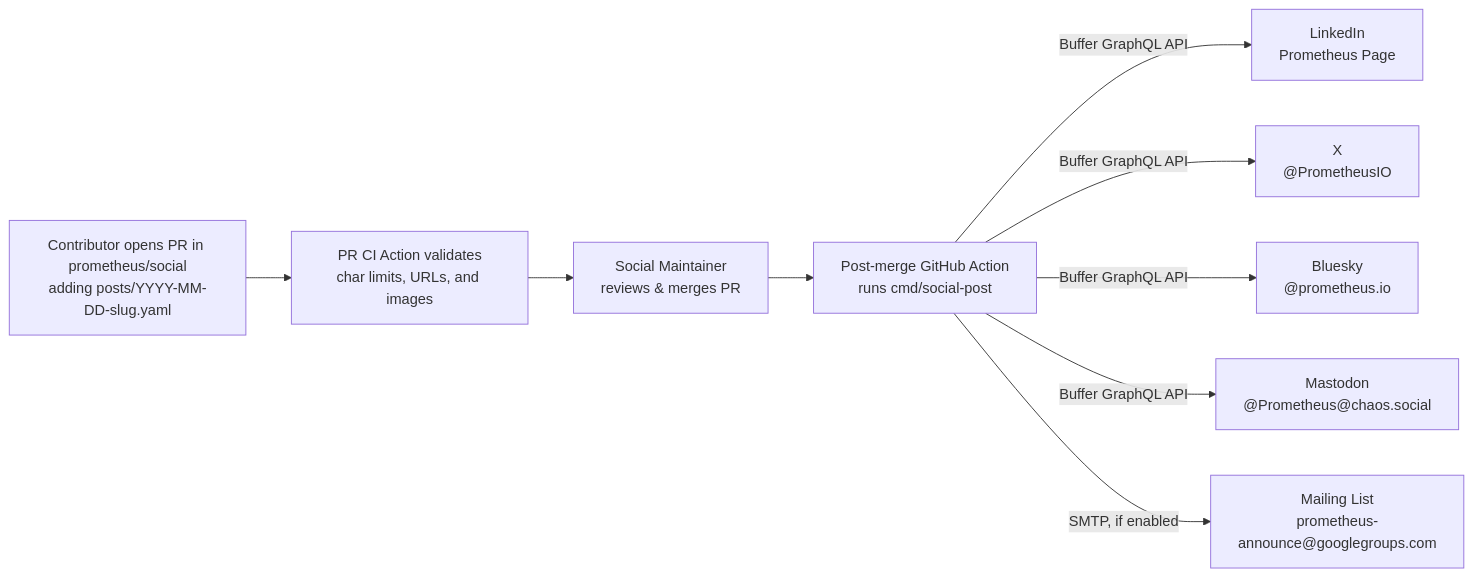
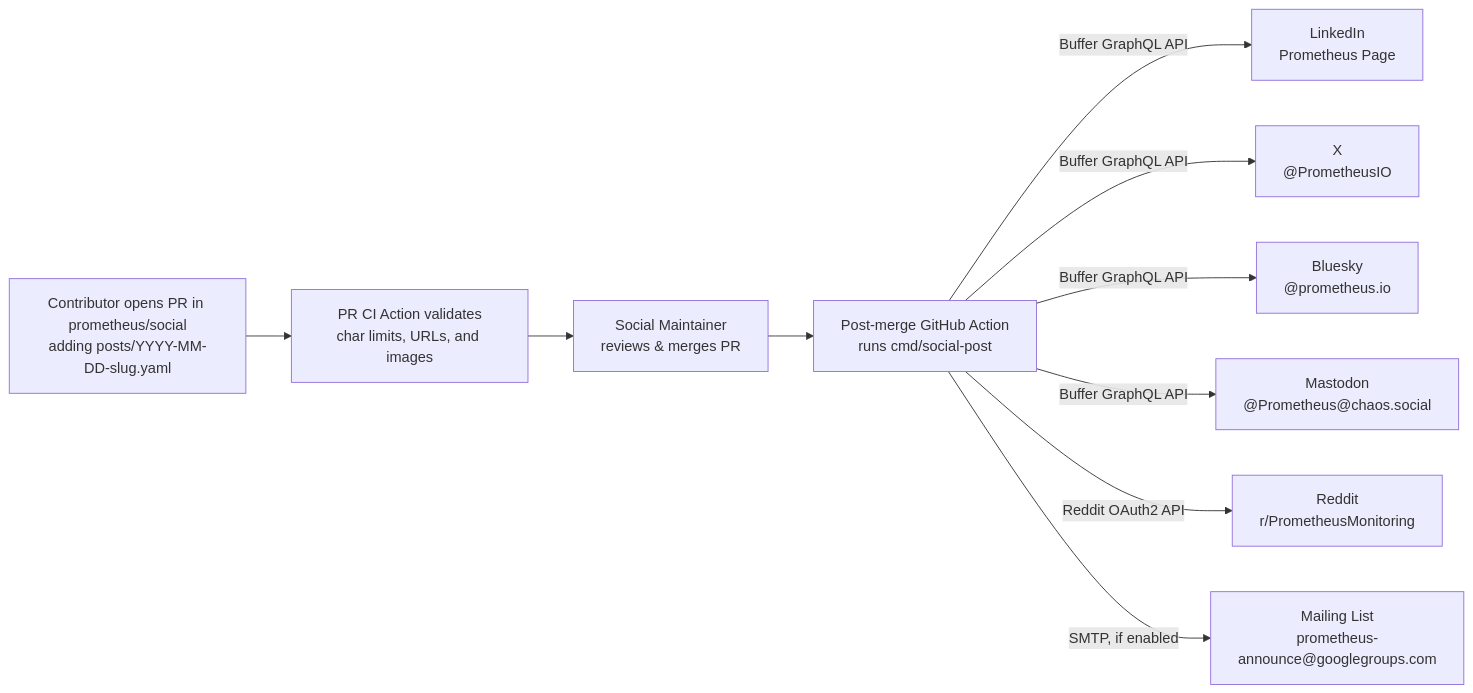
Before and after one commit to prometheus/proposals: the diagram in proposals/0109-social-media.md, drawn with Mermaid. The commit also changed other lines of this file, not shown here.

Commit message:
proposal: PROM-109: Include r/PrometheusMonitoring on Reddit

````diff
--- a/proposals/0109-social-media.md
+++ b/proposals/0109-social-media.md
@@ -81,11 +82,12 @@
 ```mermaid
 flowchart LR
     A["Contributor opens PR in prometheus/social\nadding posts/YYYY-MM-DD-slug.yaml"] --> B["PR CI Action validates\nchar limits, URLs, and images"]
     B --> C["Social Maintainer\nreviews & merges PR"]
     C --> D["Post-merge GitHub Action\nruns cmd/social-post"]
     D -->|Buffer GraphQL API| E["LinkedIn\nPrometheus Page"]
     D -->|Buffer GraphQL API| F["X\n@PrometheusIO"]
     D -->|Buffer GraphQL API| G["Bluesky\n@prometheus.io"]
     D -->|Buffer GraphQL API| H["Mastodon\n@Prometheus@chaos.social"]
-    D -->|SMTP, if enabled| I["Mailing List\nprometheus-announce@googlegroups.com"]
+    D -->|Reddit OAuth2 API| I["Reddit\nr/PrometheusMonitoring"]
+    D -->|SMTP, if enabled| J["Mailing List\nprometheus-announce@googlegroups.com"]
 ```
````
